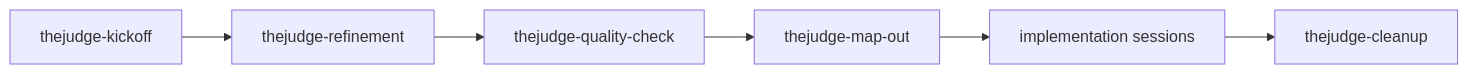
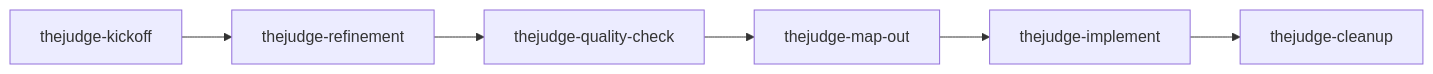
One commit to ChrisMiho/TheJudge changed the diagram in PRD/instructions/workflow-reference.md. Above: the diagram before and after it, drawn with Mermaid. The commit also changed other lines of this file and 10 other files, not shown here.

````diff
--- a/PRD/instructions/workflow-reference.md
+++ b/PRD/instructions/workflow-reference.md
@@ -10,8 +10,8 @@
 ```mermaid
 flowchart LR
   K[thejudge-kickoff] --> R[thejudge-refinement]
   R --> Q[thejudge-quality-check]
   Q --> M[thejudge-map-out]
-  M --> I[implementation sessions]
+  M --> I[thejudge-implement]
   I --> C[thejudge-cleanup]
 ```
````
